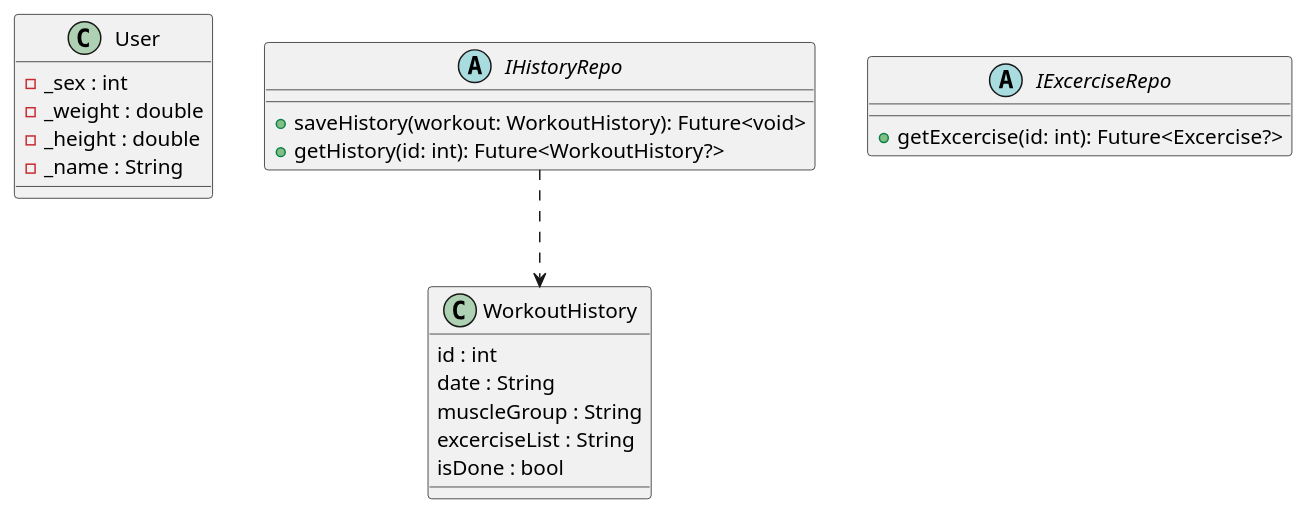
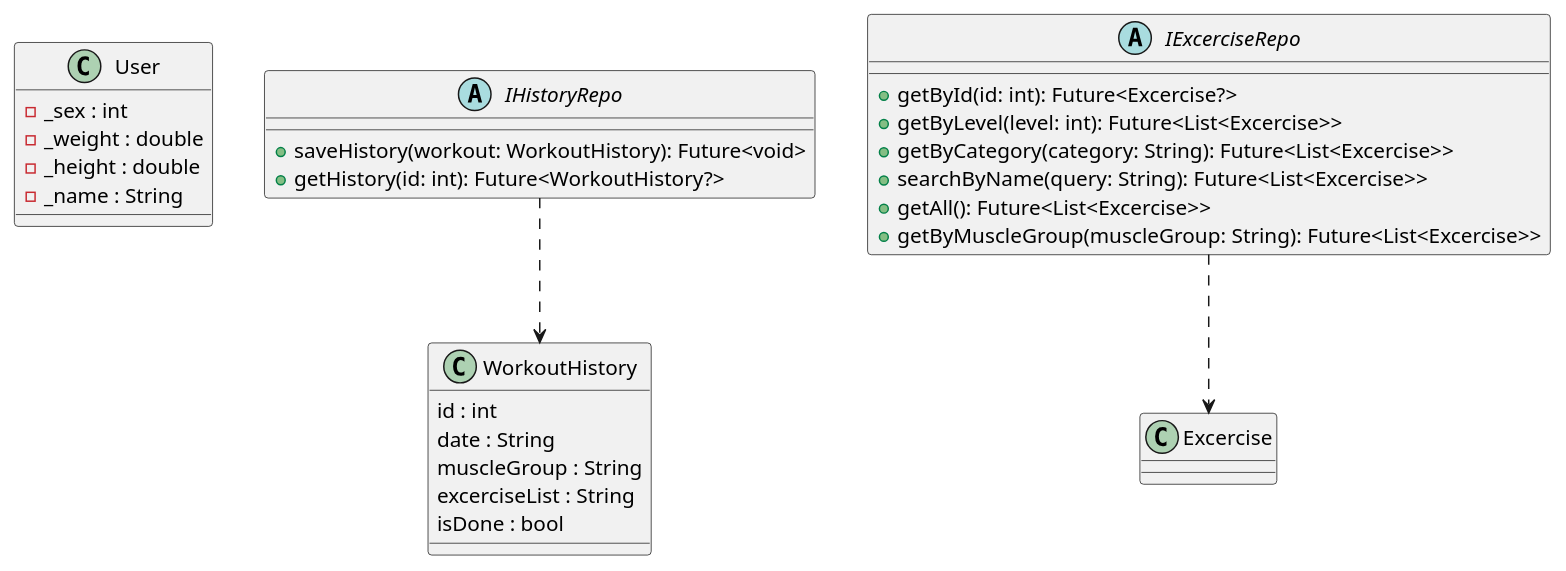
Before and after one commit to KATTSS/Workout_planner: the diagram in user_workout.puml, drawn with PlantUML. The commit also changed 7 other files, not shown here.

```diff
--- a/user_workout.puml
+++ b/user_workout.puml
@@ -1,29 +1,35 @@
 @startuml UserWorkout
 
 class User {
     - _sex : int 
     - _weight : double 
     - _height : double 
     - _name : String 
 }
 
 class WorkoutHistory {
     id : int
     date : String 
     muscleGroup : String
     excerciseList : String
     isDone : bool 
 }
 
 abstract class IHistoryRepo {
     + saveHistory(workout: WorkoutHistory): Future<void>
     + getHistory(id: int): Future<WorkoutHistory?>
 }
 
 abstract class IExcerciseRepo {
-    + getExcercise(id: int): Future<Excercise?>
+    + getById(id: int): Future<Excercise?>
+    + getByLevel(level: int): Future<List<Excercise>>
+    + getByCategory(category: String): Future<List<Excercise>>
+    + searchByName(query: String): Future<List<Excercise>>
+    + getAll(): Future<List<Excercise>>
+    + getByMuscleGroup(muscleGroup: String): Future<List<Excercise>>
 }
 
 IHistoryRepo ..> WorkoutHistory
+IExcerciseRepo ..> Excercise
 
 @enduml
```
